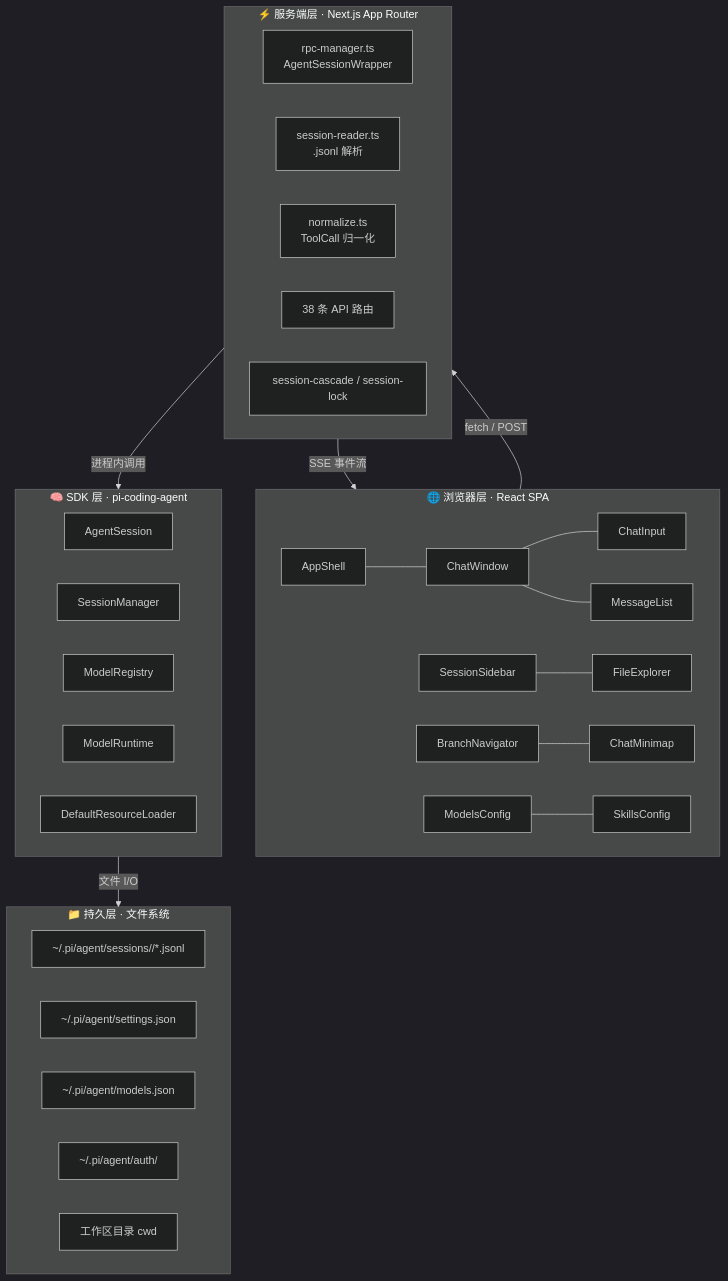
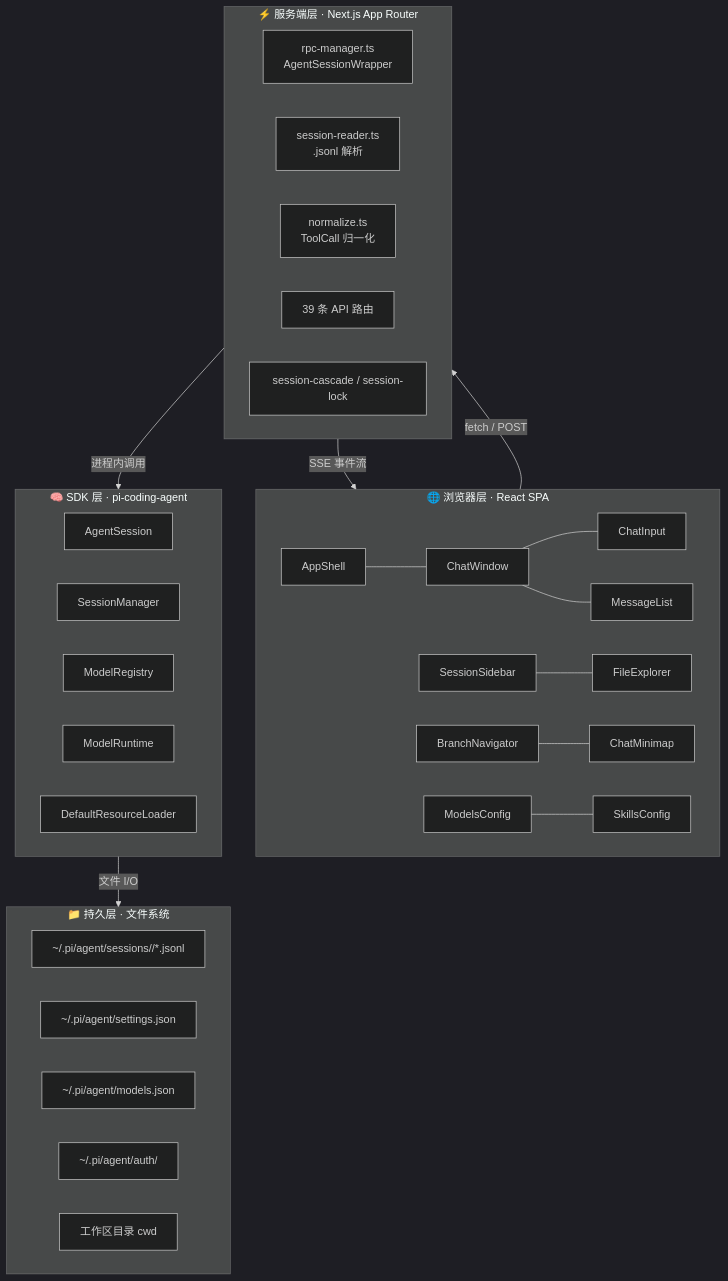
One commit to Chasen-Liao/pi-agent-desktop changed the first of 3 diagrams in docs/ARCHITECTURE.md. Above: the diagram before and after it, drawn with Mermaid (dark theme). The commit also changed other lines of this file and 8 other files, not shown here.

````diff
--- a/docs/ARCHITECTURE.md
+++ b/docs/ARCHITECTURE.md
@@ -88,44 +88,44 @@
 ```mermaid
 flowchart TD
     subgraph L1["🌐 浏览器层 · React SPA"]
         direction LR
         C1[AppShell] --- C2[ChatWindow]
         C2 --- C3[ChatInput]
         C2 --- C4[MessageList]
         C5[SessionSidebar] --- C6[FileExplorer]
         C7[BranchNavigator] --- C8[ChatMinimap]
         C9[ModelsConfig] --- C10[SkillsConfig]
     end
 
     subgraph L2["⚡ 服务端层 · Next.js App Router"]
         direction LR
         S1[rpc-manager.ts<br/>AgentSessionWrapper]
         S2[session-reader.ts<br/>.jsonl 解析]
         S3[normalize.ts<br/>ToolCall 归一化]
-        S4["38 条 API 路由"]
+        S4["39 条 API 路由"]
         S5[session-cascade / session-lock]
     end
 
     subgraph L3["🧠 SDK 层 · pi-coding-agent"]
         direction LR
         A1[AgentSession]
         A2[SessionManager]
         A3[ModelRegistry]
         A4[ModelRuntime]
         A5[DefaultResourceLoader]
     end
 
     subgraph L4["📁 持久层 · 文件系统"]
         direction LR
         F1["~/.pi/agent/sessions/<encoded-cwd>/*.jsonl"]
         F2["~/.pi/agent/settings.json"]
         F3["~/.pi/agent/models.json"]
         F4["~/.pi/agent/auth/"]
         F5[工作区目录 cwd]
     end
 
     L1 -->|"fetch / POST"| L2
     L2 -->|"SSE 事件流"| L1
     L2 -->|"进程内调用"| L3
     L3 -->|"文件 I/O"| L4
 ```
````
